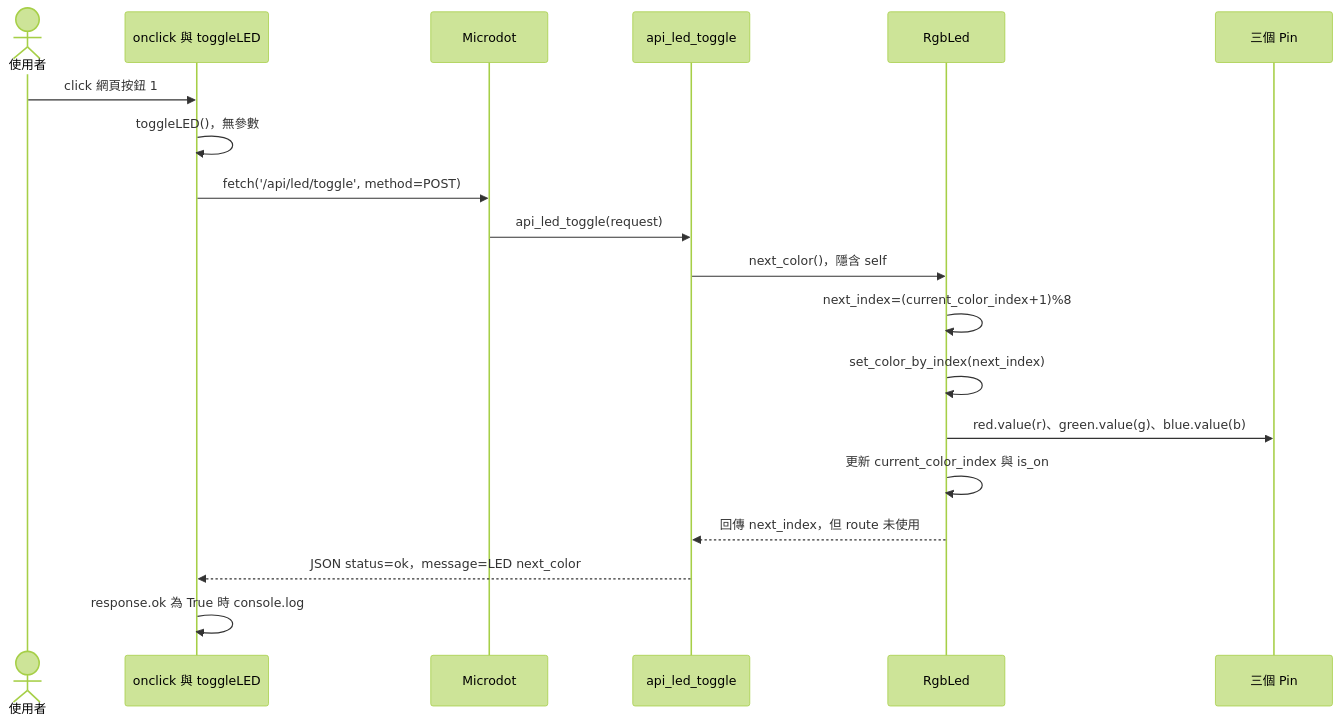
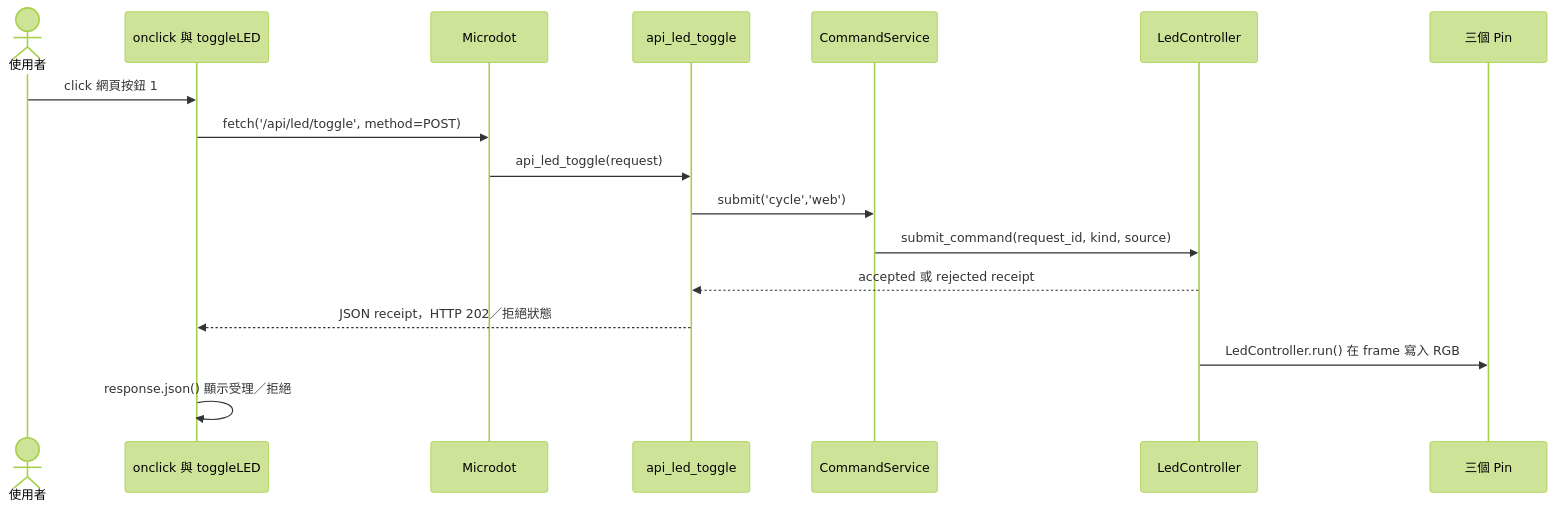
One commit to change918418-tech/IoT_Course changed the ninth of 12 diagrams in WEB_UI_EXECUTION_GUIDE.md. Above: the diagram before and after it, drawn with Mermaid (forest theme). The commit also changed other lines of this file and 25 other files, not shown here.

Commit message:
feat: integrate P1 sensor and LED command services

````diff
--- a/WEB_UI_EXECUTION_GUIDE.md
+++ b/WEB_UI_EXECUTION_GUIDE.md
@@ -545,21 +528,19 @@
 ```mermaid
 sequenceDiagram
     actor User as 使用者
     participant Browser as onclick 與 toggleLED
     participant App as Microdot
     participant Route as api_led_toggle
-    participant LED as RgbLed
+    participant Command as CommandService
+    participant Controller as LedController
     participant GPIO as 三個 Pin
     User->>Browser: click 網頁按鈕 1
-    Browser->>Browser: toggleLED()，無參數
     Browser->>App: fetch('/api/led/toggle', method=POST)
     App->>Route: api_led_toggle(request)
-    Route->>LED: next_color()，隱含 self
-    LED->>LED: next_index=(current_color_index+1)%8
-    LED->>LED: set_color_by_index(next_index)
-    LED->>GPIO: red.value(r)、green.value(g)、blue.value(b)
-    LED->>LED: 更新 current_color_index 與 is_on
-    LED-->>Route: 回傳 next_index，但 route 未使用
-    Route-->>Browser: JSON status=ok，message=LED next_color
-    Browser->>Browser: response.ok 為 True 時 console.log
+    Route->>Command: submit('cycle','web')
+    Command->>Controller: submit_command(request_id, kind, source)
+    Controller-->>Route: accepted 或 rejected receipt
+    Route-->>Browser: JSON receipt，HTTP 202／拒絕狀態
+    Controller->>GPIO: LedController.run() 在 frame 寫入 RGB
+    Browser->>Browser: response.json() 顯示受理／拒絕
 ```
````
